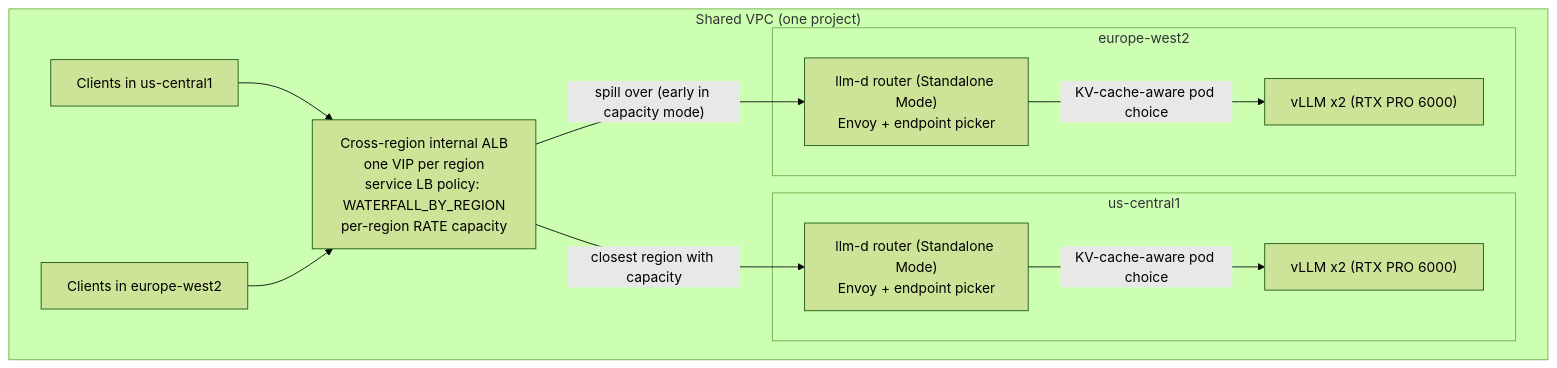
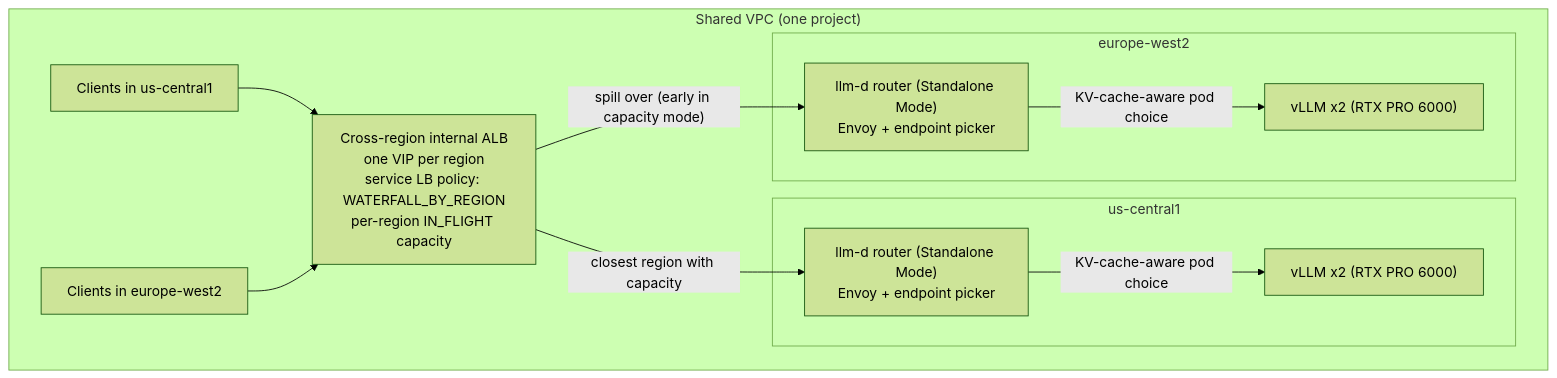
Before and after one commit to GoogleCloudPlatform/accelerated-platforms: the diagram in docs/platforms/gke/base/use-cases/inference-ref-arch/llmd/llmd-multi-region-global-load-balancing.md, drawn with Mermaid (forest theme). The commit also changed other lines of this file and 77 other files, not shown here.

````diff
--- a/docs/platforms/gke/base/use-cases/inference-ref-arch/llmd/llmd-multi-region-global-load-balancing.md
+++ b/docs/platforms/gke/base/use-cases/inference-ref-arch/llmd/llmd-multi-region-global-load-balancing.md
@@ -66,21 +75,21 @@
 ```mermaid
 flowchart LR
   subgraph VPC["Shared VPC (one project)"]
     direction LR
-    LB["Cross-region internal ALB<br/>one VIP per region<br/>service LB policy: WATERFALL_BY_REGION<br/>per-region RATE capacity"]
+    LB["Cross-region internal ALB<br/>one VIP per region<br/>service LB policy: WATERFALL_BY_REGION<br/>per-region IN_FLIGHT capacity"]
     subgraph R1["us-central1"]
       P1["llm-d router (Standalone Mode)<br/>Envoy + endpoint picker"]
       V1["vLLM x2 (RTX PRO 6000)"]
     end
     subgraph R2["europe-west2"]
       P2["llm-d router (Standalone Mode)<br/>Envoy + endpoint picker"]
       V2["vLLM x2 (RTX PRO 6000)"]
     end
     C1["Clients in us-central1"] --> LB
     C2["Clients in europe-west2"] --> LB
     LB -- "closest region with capacity" --> P1
     LB -- "spill over (early in capacity mode)" --> P2
     P1 -- "KV-cache-aware pod choice" --> V1
     P2 -- "KV-cache-aware pod choice" --> V2
   end
 ```
````
